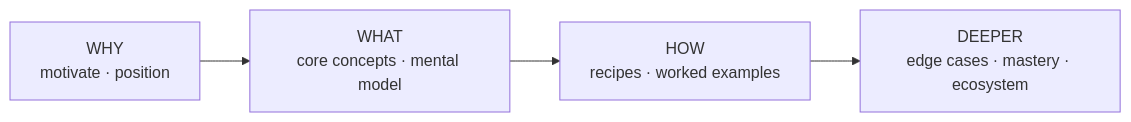
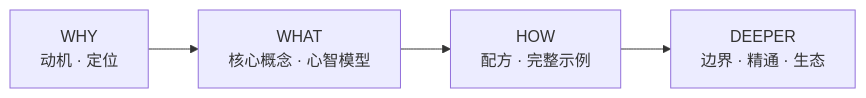
The diagram in skills/cookbook-forge/references/chapter-blueprint.md (oyasmi/ai-skills), drawn with Mermaid before and after one commit. The commit also changed other lines of this file and 5 other files, not shown here.

````diff
--- a/skills/cookbook-forge/references/chapter-blueprint.md
+++ b/skills/cookbook-forge/references/chapter-blueprint.md
@@ -16,6 +14,6 @@
 ```mermaid
 flowchart LR
-    A["WHY<br/>motivate · position"] --> B["WHAT<br/>core concepts · mental model"]
-    B --> C["HOW<br/>recipes · worked examples"]
-    C --> D["DEEPER<br/>edge cases · mastery · ecosystem"]
+    A["WHY<br/>动机 · 定位"] --> B["WHAT<br/>核心概念 · 心智模型"]
+    B --> C["HOW<br/>配方 · 完整示例"]
+    C --> D["DEEPER<br/>边界 · 精通 · 生态"]
 ```
````
